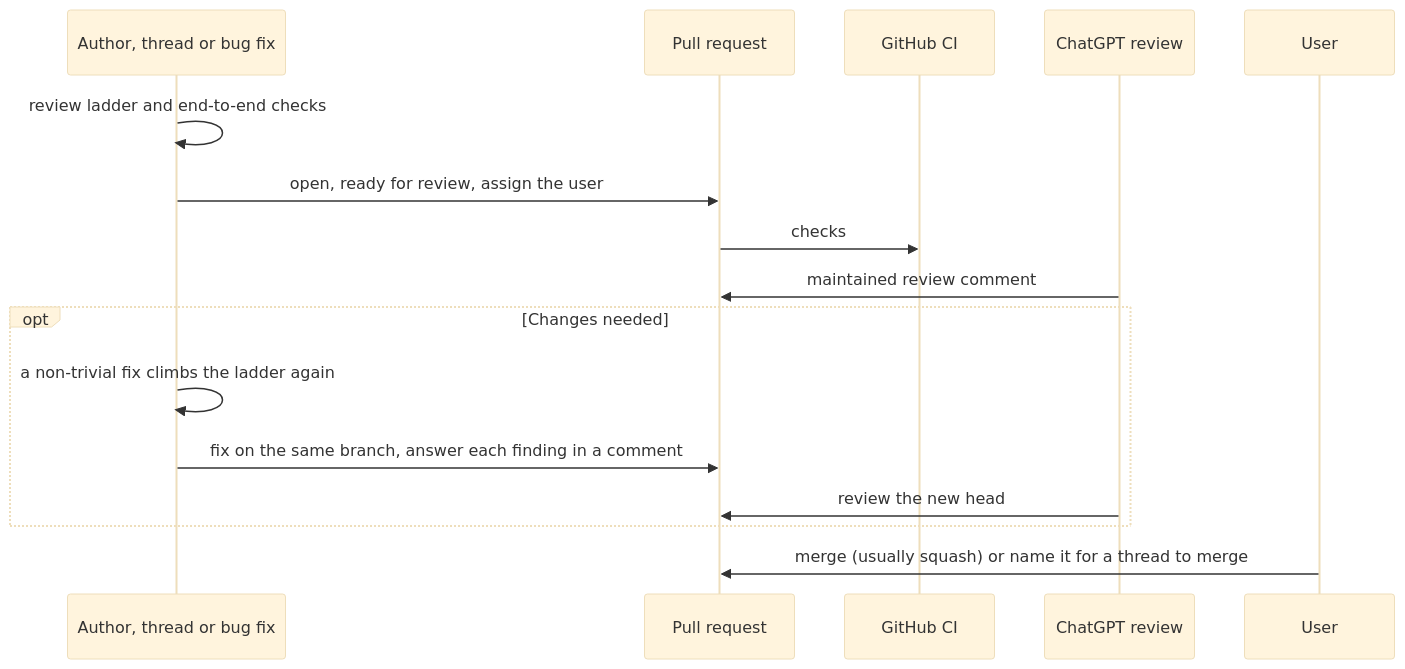
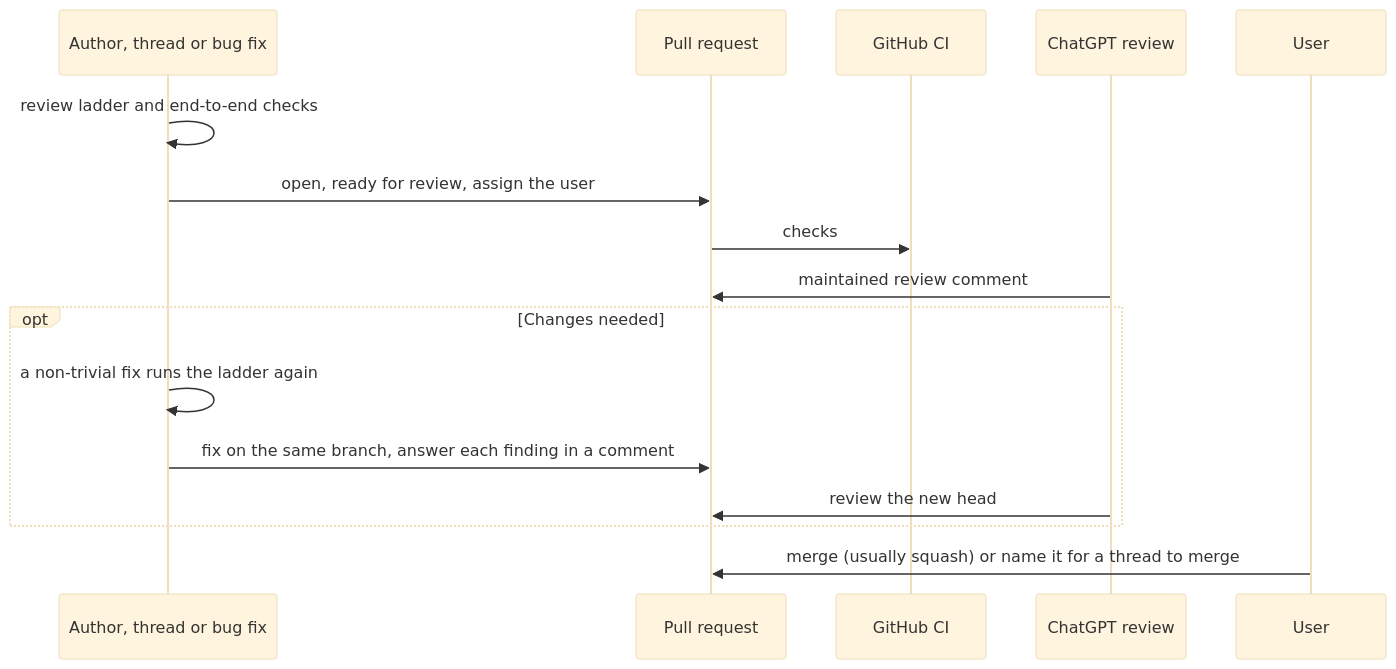
One commit to sasasqt/invest changed the seventh of 8 diagrams in docs/CLAUDE_WORKFLOW.md. Above: the diagram before and after it, drawn with Mermaid (base theme). The commit also changed other lines of this file and 2 other files, not shown here.

First line of the commit message:
Propose the 13-round review ladder (draft, for review)

````diff
--- a/docs/CLAUDE_WORKFLOW.md
+++ b/docs/CLAUDE_WORKFLOW.md
@@ -209,18 +209,18 @@
 ```mermaid
 sequenceDiagram
   participant A as Author, thread or bug fix
   participant PR as Pull request
   participant CI as GitHub CI
   participant GPT as ChatGPT review
   participant U as User
   A->>A: review ladder and end-to-end checks
   A->>PR: open, ready for review, assign the user
   PR->>CI: checks
   GPT->>PR: maintained review comment
   opt Changes needed
-    A->>A: a non-trivial fix climbs the ladder again
+    A->>A: a non-trivial fix runs the ladder again
     A->>PR: fix on the same branch, answer each finding in a comment
     GPT->>PR: review the new head
   end
   U->>PR: merge (usually squash) or name it for a thread to merge
 ```
````
